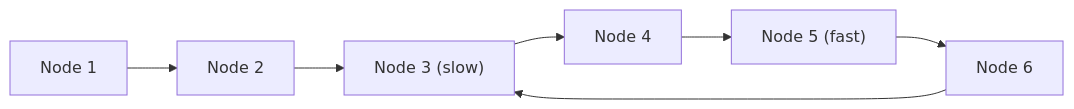
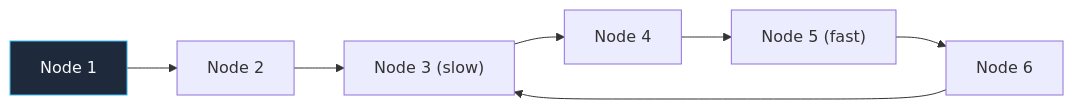
One commit to UnrealTemplier/go-textbook changed the fifth of 5 diagrams in sources/20. Алгоритмы и структуры данных (DSA) на Go/02. Базовые структуры данных/3. Связные списки.md. Above: the diagram before and after it, drawn with Mermaid. The commit also changed other lines of this file and 1666 other files, not shown here.

First line of the commit message:
feat(mermaid): add semantic color classDef to 1369 colorless flowchart/graph diagrams

````diff
--- a/sources/20. Алгоритмы и структуры данных (DSA) на Go/02. Базовые структуры данных/3. Связные списки.md
+++ b/sources/20. Алгоритмы и структуры данных (DSA) на Go/02. Базовые структуры данных/3. Связные списки.md
@@ -207,6 +247,16 @@
 ```mermaid
 flowchart LR
-    n1["Node 1"] --> n2["Node 2"] --> n3["Node 3 (slow)"] --> n4["Node 4"] --> n5["Node 5 (fast)"]
+    classDef process  fill:#1e293b,stroke:#38bdf8,stroke-width:1px,color:#f8fafc
+    classDef success  fill:#064e3b,stroke:#34d399,stroke-width:1px,color:#f8fafc
+    classDef error    fill:#7f1d1d,stroke:#f87171,stroke-width:1px,color:#f8fafc
+    classDef warning  fill:#78350f,stroke:#fbbf24,stroke-width:1px,color:#f8fafc
+    classDef entry    fill:#1e3a5f,stroke:#38bdf8,stroke-width:2px,color:#f8fafc
+    classDef aux      fill:#334155,stroke:#64748b,stroke-width:1px,color:#f8fafc
+    classDef system   fill:#312e81,stroke:#a78bfa,stroke-width:1px,color:#f8fafc
+    classDef data     fill:#132d29,stroke:#2dd4bf,stroke-width:1px,color:#f8fafc
+    classDef network  fill:#881337,stroke:#fb7185,stroke-width:1px,color:#f8fafc
+    classDef accent   fill:#1e1b4b,stroke:#818cf8,stroke-width:1px,color:#f8fafc
+    n1["Node 1"]:::process --> n2["Node 2"] --> n3["Node 3 (slow)"] --> n4["Node 4"] --> n5["Node 5 (fast)"]
     n5 --> n6["Node 6"]
     n6 --> n3
 ```
````
